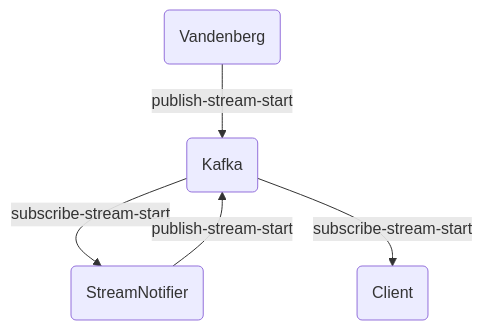
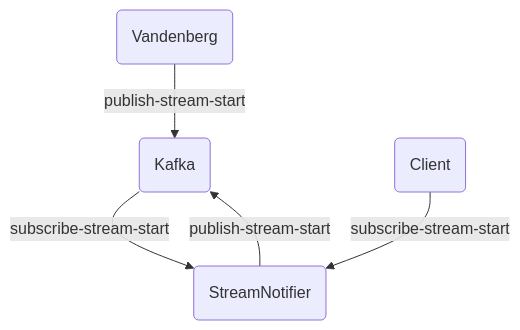
The diagram in readme.md (unicomp23/omni), drawn with Mermaid before and after one commit. The commit also changed other lines of this file, not shown here.

Commit message:
mermaidjs

````diff
--- a/readme.md
+++ b/readme.md
@@ -3,7 +3,7 @@
 ```mermaid
 flowchart TD
-    Vandenberg(Vandenberg) -->|publish-stream-start| Kafka{Kafka}
-    Kafka -->|subscribe-stream-start| StreamNotifier(StreamNotifier)
-    StreamNotifier -->|publish-stream-start| Kafka(Kafka)
-    Kafka -->|subscribe-stream-start| Client(Client)
+    Vandenberg_(Vandenberg) -->|publish-stream-start| Kafka_{Kafka}
+    Kafka_ -->|subscribe-stream-start| StreamNotifier_(StreamNotifier)
+    StreamNotifier_ -->|publish-stream-start| Kafka_(Kafka)
+    Client_(Client) -->|subscribe-stream-start| StreamNotifier_
 ```
````
